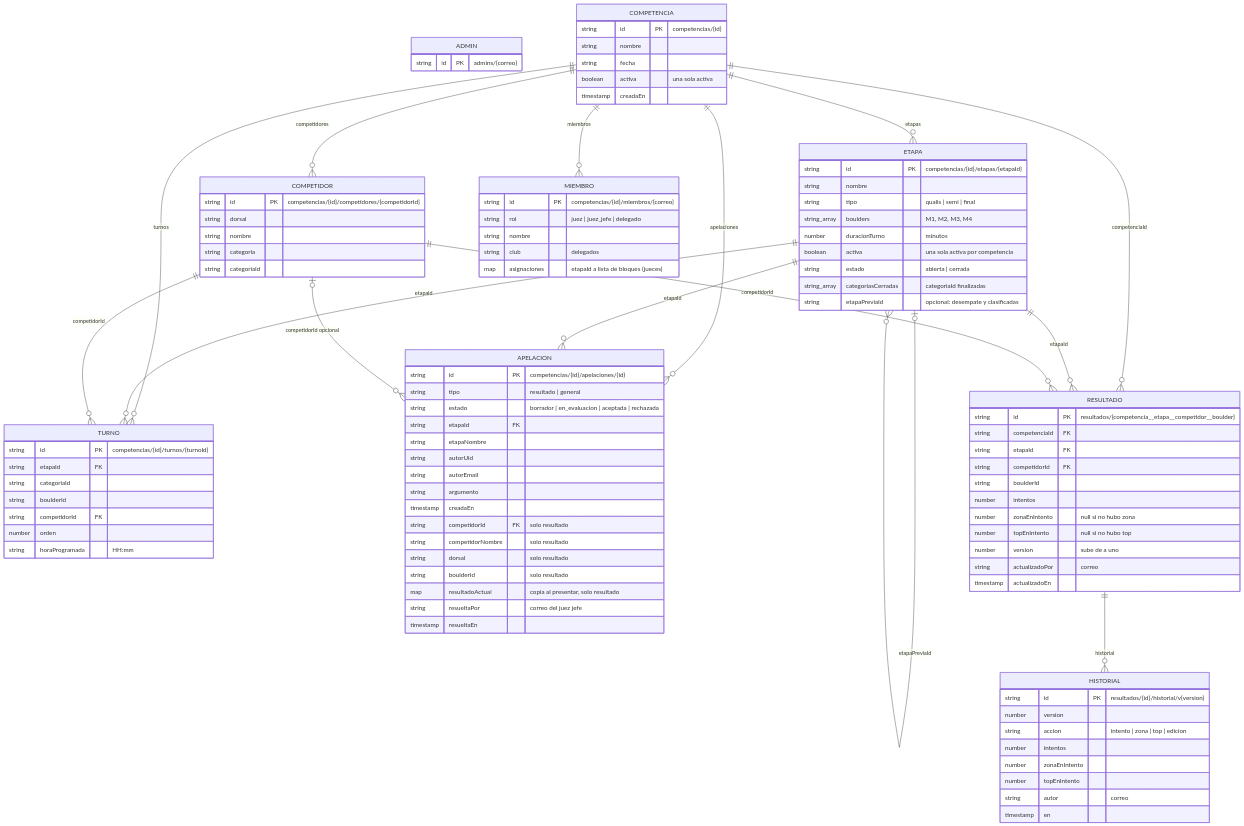
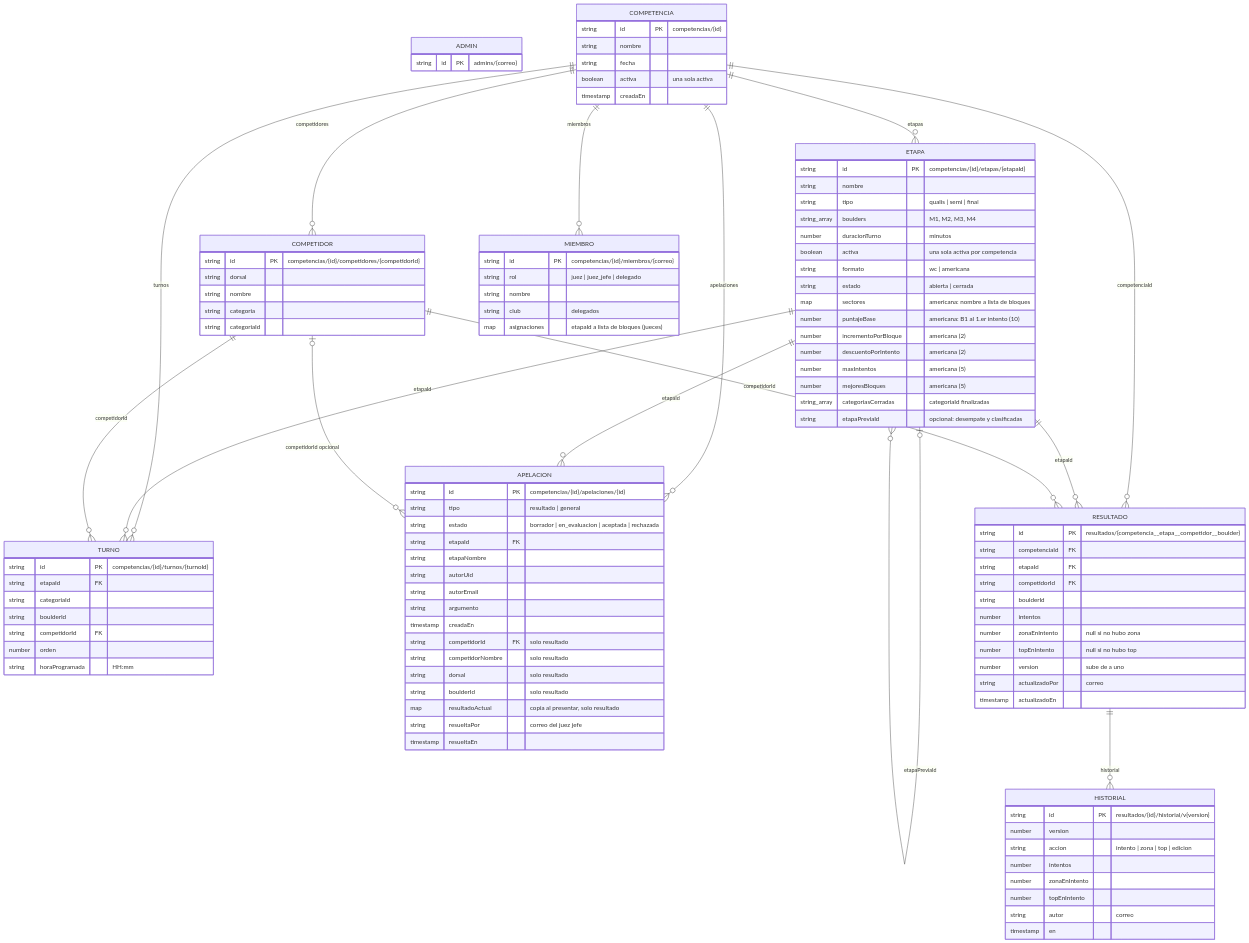
The diagram in docs/modelo-de-datos.md (pdaire/torneo-escalada-app), drawn with Mermaid before and after one commit. The commit also changed other lines of this file and 25 other files, not shown here.

First line of the commit message:
Ronda americana: formato por etapa, cartilla digital del juez y sectores

```diff
--- a/docs/modelo-de-datos.md
+++ b/docs/modelo-de-datos.md
@@ -37,7 +37,14 @@
         string_array boulders "M1, M2, M3, M4"
         number duracionTurno "minutos"
         boolean activa "una sola activa por competencia"
+        string formato "wc | americana"
         string estado "abierta | cerrada"
+        map sectores "americana: nombre a lista de bloques"
+        number puntajeBase "americana: B1 al 1.er intento (10)"
+        number incrementoPorBloque "americana (2)"
+        number descuentoPorIntento "americana (2)"
+        number maxIntentos "americana (5)"
+        number mejoresBloques "americana (5)"
         string_array categoriasCerradas "categoriaId finalizadas"
         string etapaPreviaId "opcional: desempate y clasificadas"
     }
```
